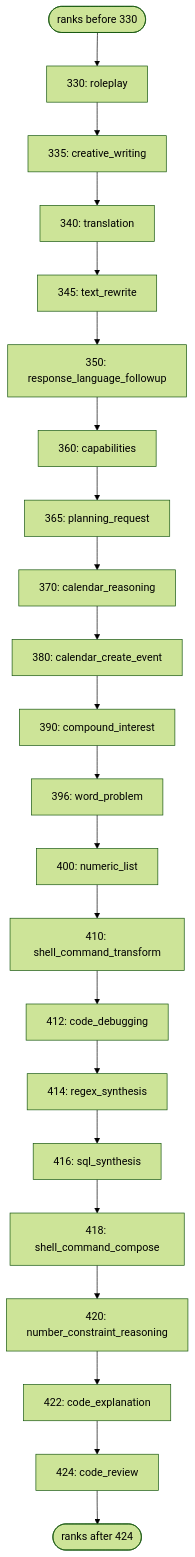
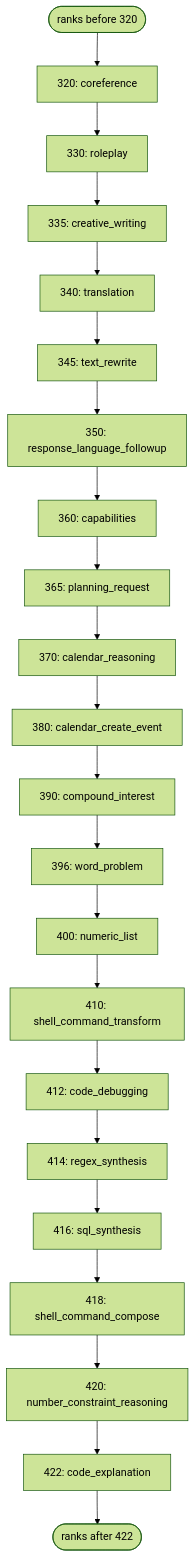
The fourth of 6 diagrams in docs/diagrams/solver-handlers.md (link-assistant/formal-ai), drawn with Mermaid (forest theme) before and after one commit. The commit also changed other lines of this file and 406 other files, not shown here.

````diff
--- a/docs/diagrams/solver-handlers.md
+++ b/docs/diagrams/solver-handlers.md
@@ -165,25 +165,25 @@
 ```mermaid
 flowchart TD
-    before_4(["ranks before 330"])
-    before_4 --> h_roleplay["330: roleplay"]
+    before_4(["ranks before 320"])
+    before_4 --> h_coreference["320: coreference"]
+    h_coreference --> h_roleplay["330: roleplay"]
     h_roleplay --> h_creative_writing["335: creative_writing"]
     h_creative_writing --> h_translation["340: translation"]
     h_translation --> h_text_rewrite["345: text_rewrite"]
     h_text_rewrite --> h_response_language_followup["350: response_language_followup"]
     h_response_language_followup --> h_capabilities["360: capabilities"]
     h_capabilities --> h_planning_request["365: planning_request"]
     h_planning_request --> h_calendar_reasoning["370: calendar_reasoning"]
     h_calendar_reasoning --> h_calendar_create_event["380: calendar_create_event"]
     h_calendar_create_event --> h_compound_interest["390: compound_interest"]
     h_compound_interest --> h_word_problem["396: word_problem"]
     h_word_problem --> h_numeric_list["400: numeric_list"]
     h_numeric_list --> h_shell_command_transform["410: shell_command_transform"]
     h_shell_command_transform --> h_code_debugging["412: code_debugging"]
     h_code_debugging --> h_regex_synthesis["414: regex_synthesis"]
     h_regex_synthesis --> h_sql_synthesis["416: sql_synthesis"]
     h_sql_synthesis --> h_shell_command_compose["418: shell_command_compose"]
     h_shell_command_compose --> h_number_constraint_reasoning["420: number_constraint_reasoning"]
     h_number_constraint_reasoning --> h_code_explanation["422: code_explanation"]
-    h_code_explanation --> h_code_review["424: code_review"]
-    h_code_review --> after_4(["ranks after 424"])
+    h_code_explanation --> after_4(["ranks after 422"])
 ```
````
